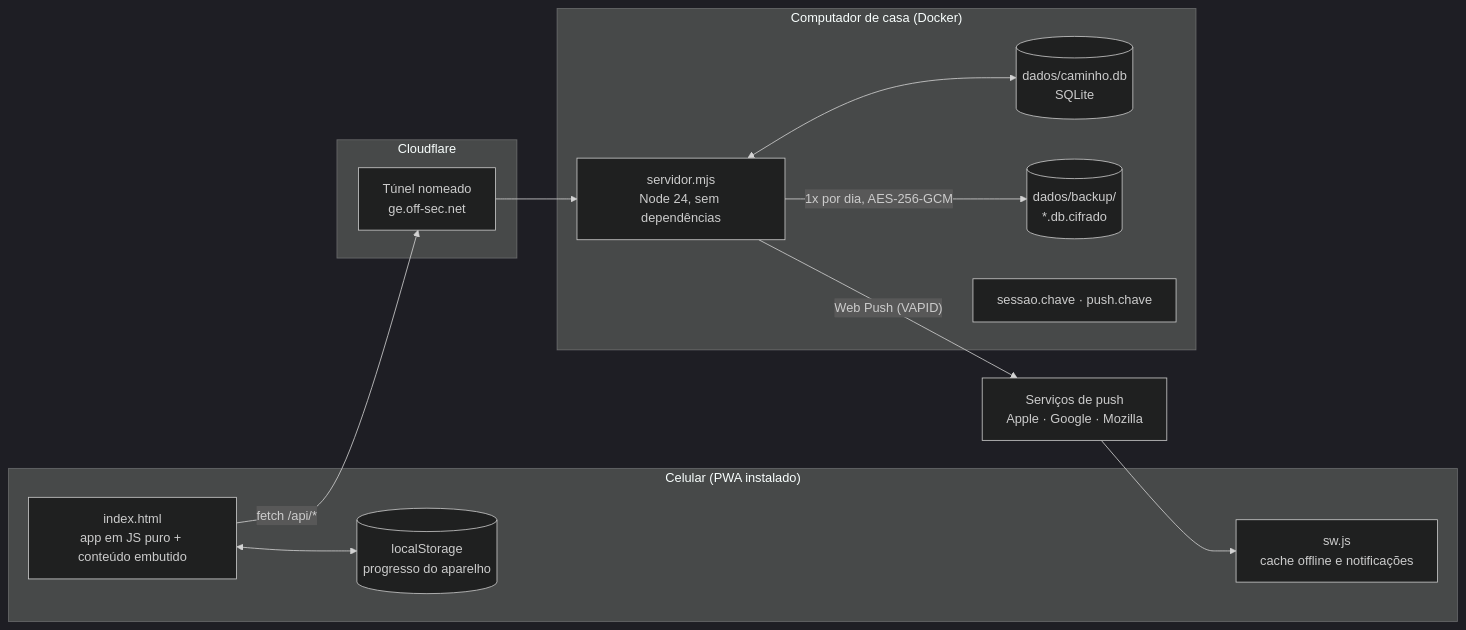
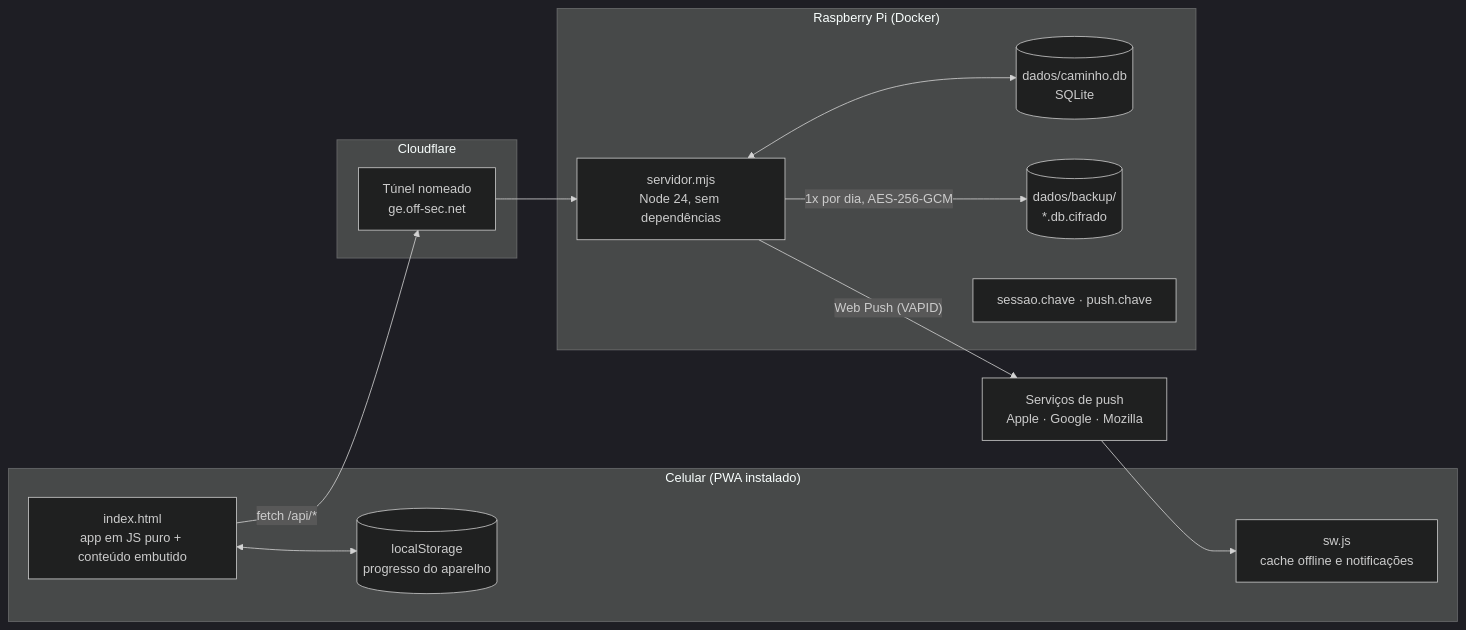
Before and after one commit to Excannor/geracao-eleita-v2: the first of 2 diagrams in docs/arquitetura/README.md, drawn with Mermaid (dark theme). The commit also changed other lines of this file and 9 other files, not shown here.

````diff
--- a/docs/arquitetura/README.md
+++ b/docs/arquitetura/README.md
@@ -14,23 +15,23 @@
 ```mermaid
 flowchart LR
   subgraph Celular["Celular (PWA instalado)"]
     UI["index.html<br/>app em JS puro + conteúdo embutido"]
     SW["sw.js<br/>cache offline e notificações"]
     LS[("localStorage<br/>progresso do aparelho")]
   end
   subgraph CF["Cloudflare"]
     T["Túnel nomeado<br/>ge.off-sec.net"]
   end
-  subgraph Casa["Computador de casa (Docker)"]
+  subgraph Casa["Raspberry Pi (Docker)"]
     S["servidor.mjs<br/>Node 24, sem dependências"]
     DB[("dados/caminho.db<br/>SQLite")]
     BK[("dados/backup/<br/>*.db.cifrado")]
     K["sessao.chave · push.chave"]
   end
   PUSH["Serviços de push<br/>Apple · Google · Mozilla"]
   UI <--> LS
   UI -- "fetch /api/*" --> T --> S
   S <--> DB
   S -- "1x por dia, AES-256-GCM" --> BK
   S -- "Web Push (VAPID)" --> PUSH --> SW
 ```
````
